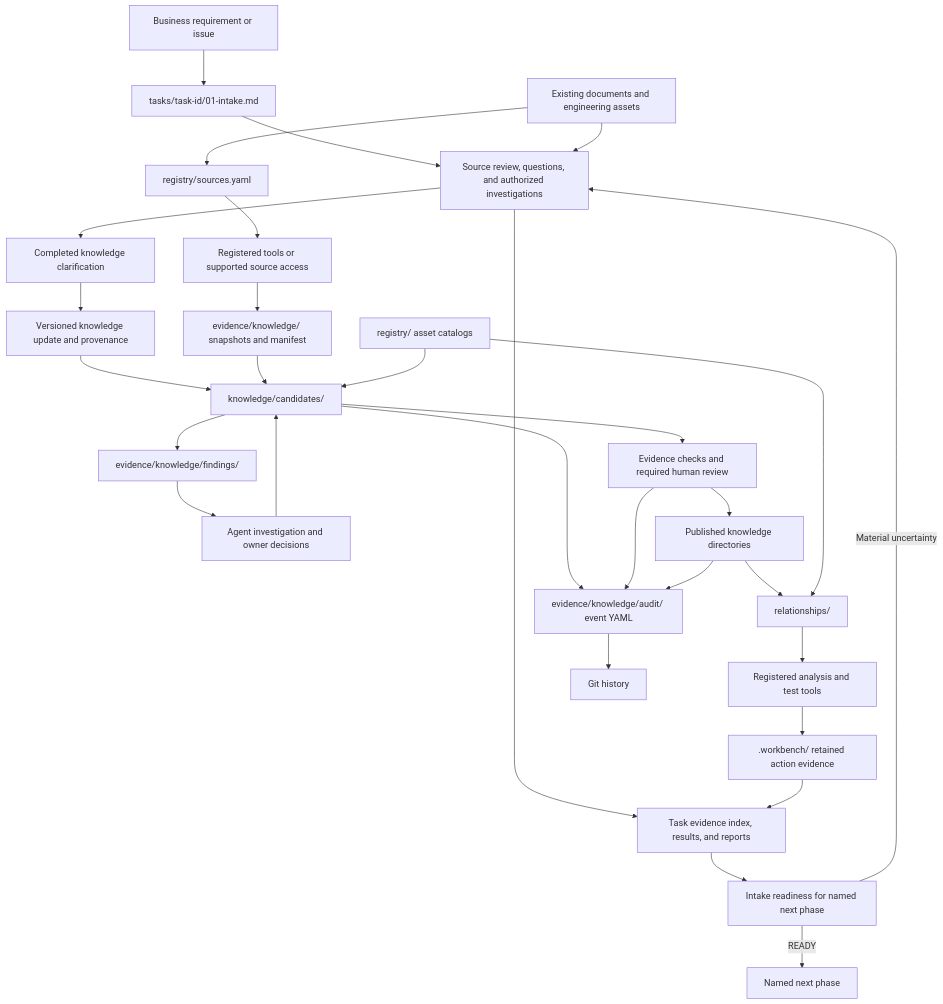
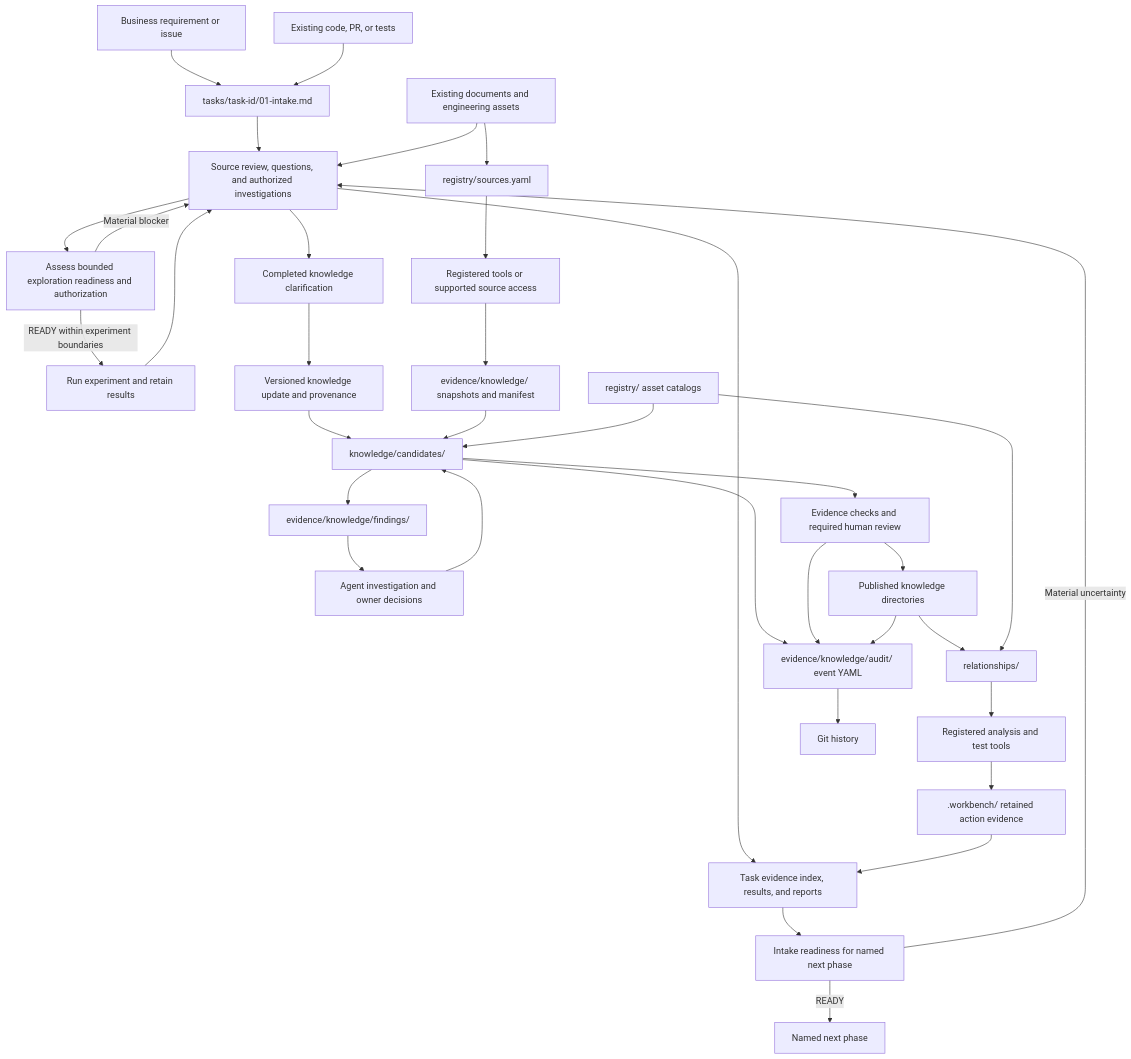
The first of 2 diagrams in docs/WORKSPACE_DESIGN.md (lushevol/sdlc-workbench), drawn with Mermaid before and after one commit. The commit also changed other lines of this file and 31 other files, not shown here.

Commit message:
feat: support code-first lifecycle entry and bounded exploration

````diff
--- a/docs/WORKSPACE_DESIGN.md
+++ b/docs/WORKSPACE_DESIGN.md
@@ -266,32 +271,37 @@
 ```mermaid
 flowchart TD
   Request[Business requirement or issue] --> Intake[tasks/task-id/01-intake.md]
+  ExistingCode[Existing code, PR, or tests] --> Intake
   Intake --> Collection[Source review, questions, and authorized investigations]
+  Collection --> ExplorationGate[Assess bounded exploration readiness and authorization]
+  ExplorationGate -->|READY within experiment boundaries| Exploration[Run experiment and retain results]
+  ExplorationGate -->|Material blocker| Collection
+  Exploration --> Collection
   Collection --> TaskEvidence[Task evidence index, results, and reports]
   Collection --> Clarification[Completed knowledge clarification]
   Clarification --> KnowledgeUpdate[Versioned knowledge update and provenance]
   KnowledgeUpdate --> Candidates
   TaskEvidence --> Readiness[Intake readiness for named next phase]
   Readiness -->|Material uncertainty| Collection
   Readiness -->|READY| Next[Named next phase]
   External[Existing documents and engineering assets] --> Sources[registry/sources.yaml]
   External --> Collection
   Sources --> Access[Registered tools or supported source access]
   Access --> Raw[evidence/knowledge/ snapshots and manifest]
   Raw --> Candidates[knowledge/candidates/]
   Candidates --> Findings[evidence/knowledge/findings/]
   Findings --> Investigation[Agent investigation and owner decisions]
   Investigation --> Candidates
   Candidates --> Review[Evidence checks and required human review]
   Review --> Published[Published knowledge directories]
   Published --> Relationships[relationships/]
   Relationships --> Execution[Registered analysis and test tools]
   Execution --> Evidence[.workbench/ retained action evidence]
   Evidence --> TaskEvidence
   Candidates --> Audit[evidence/knowledge/audit/ event YAML]
   Review --> Audit
   Published --> Audit
   Audit --> History[Git history]
   Registry[registry/ asset catalogs] --> Candidates
   Registry --> Relationships
 ```
````
